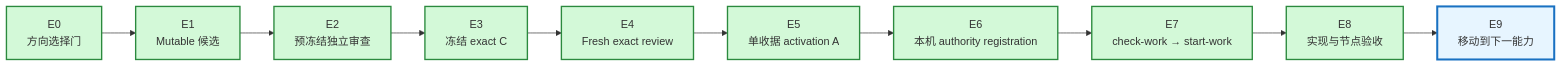
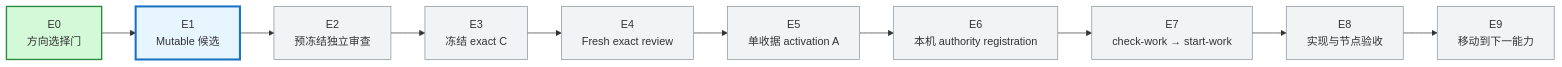
The second of 3 diagrams in MyBrain/automation/reports/investment-discipline-system/CURRENT_PROGRESS.md (j-a-v-e-n/knowledge-vault), drawn with Mermaid before and after one commit. The commit also changed other lines of this file, not shown here.

````diff
--- a/MyBrain/automation/reports/investment-discipline-system/CURRENT_PROGRESS.md
+++ b/MyBrain/automation/reports/investment-discipline-system/CURRENT_PROGRESS.md
@@ -60,18 +61,19 @@
 ```mermaid
 flowchart LR
     E0["E0<br/>方向选择门"] --> E1["E1<br/>Mutable 候选"]
     E1 --> E2["E2<br/>预冻结独立审查"]
     E2 --> E3["E3<br/>冻结 exact C"]
     E3 --> E4["E4<br/>Fresh exact review"]
     E4 --> E5["E5<br/>单收据 activation A"]
     E5 --> E6["E6<br/>本机 authority registration"]
     E6 --> E7["E7<br/>check-work → start-work"]
     E7 --> E8["E8<br/>实现与节点验收"]
     E8 --> E9["E9<br/>移动到下一能力"]
 
     classDef done fill:#d3f9d8,stroke:#2b8a3e,stroke-width:2px;
     classDef current fill:#e7f5ff,stroke:#1971c2,stroke-width:3px;
     classDef pending fill:#f1f3f5,stroke:#868e96;
-    class E0,E1,E2,E3,E4,E5,E6,E7,E8 done;
-    class E9 current;
+    class E0 done;
+    class E1 current;
+    class E2,E3,E4,E5,E6,E7,E8,E9 pending;
 ```
````
